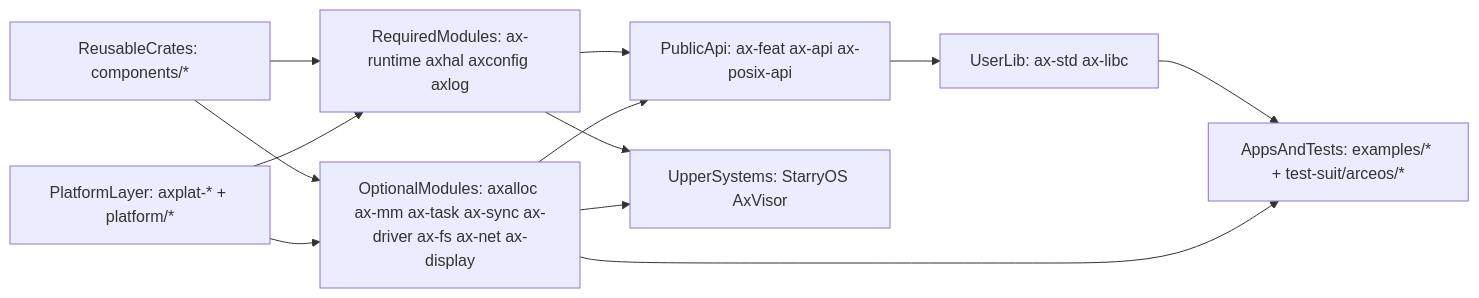
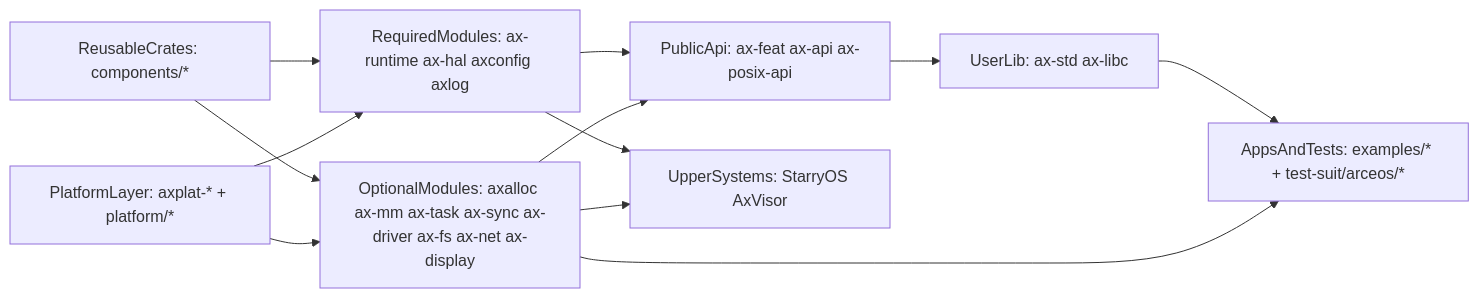
The first of 5 diagrams in docs/arceos-internals.md (zKurisu/tgoskits), drawn with Mermaid before and after one commit. The commit also changed other lines of this file and 158 other files, not shown here.

Commit message:
rename axhal to ax-hal

````diff
--- a/docs/arceos-internals.md
+++ b/docs/arceos-internals.md
@@ -36,23 +36,23 @@
 ```mermaid
 flowchart LR
     reusableCrates["ReusableCrates: components/*"]
     platformLayer["PlatformLayer: axplat-* + platform/*"]
-    requiredModules["RequiredModules: ax-runtime axhal axconfig axlog"]
+    requiredModules["RequiredModules: ax-runtime ax-hal axconfig axlog"]
     optionalModules["OptionalModules: axalloc ax-mm ax-task ax-sync ax-driver ax-fs ax-net ax-display"]
     publicApi["PublicApi: ax-feat ax-api ax-posix-api"]
     userLib["UserLib: ax-std ax-libc"]
     appsAndTests["AppsAndTests: examples/* + test-suit/arceos/*"]
     upperSystems["UpperSystems: StarryOS AxVisor"]
 
     reusableCrates --> requiredModules
     reusableCrates --> optionalModules
     platformLayer --> requiredModules
     platformLayer --> optionalModules
     requiredModules --> publicApi
     optionalModules --> publicApi
     publicApi --> userLib
     userLib --> appsAndTests
     optionalModules --> appsAndTests
     requiredModules --> upperSystems
     optionalModules --> upperSystems
 ```
````
